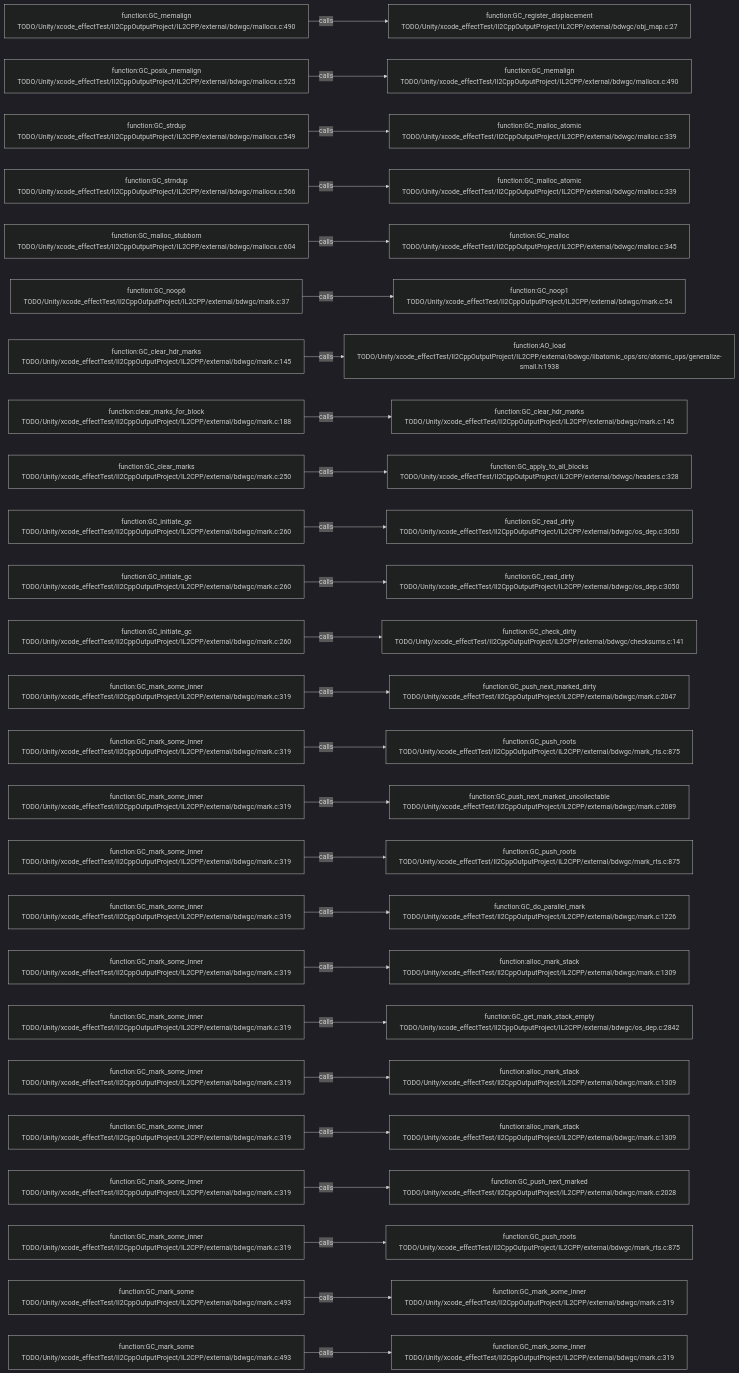
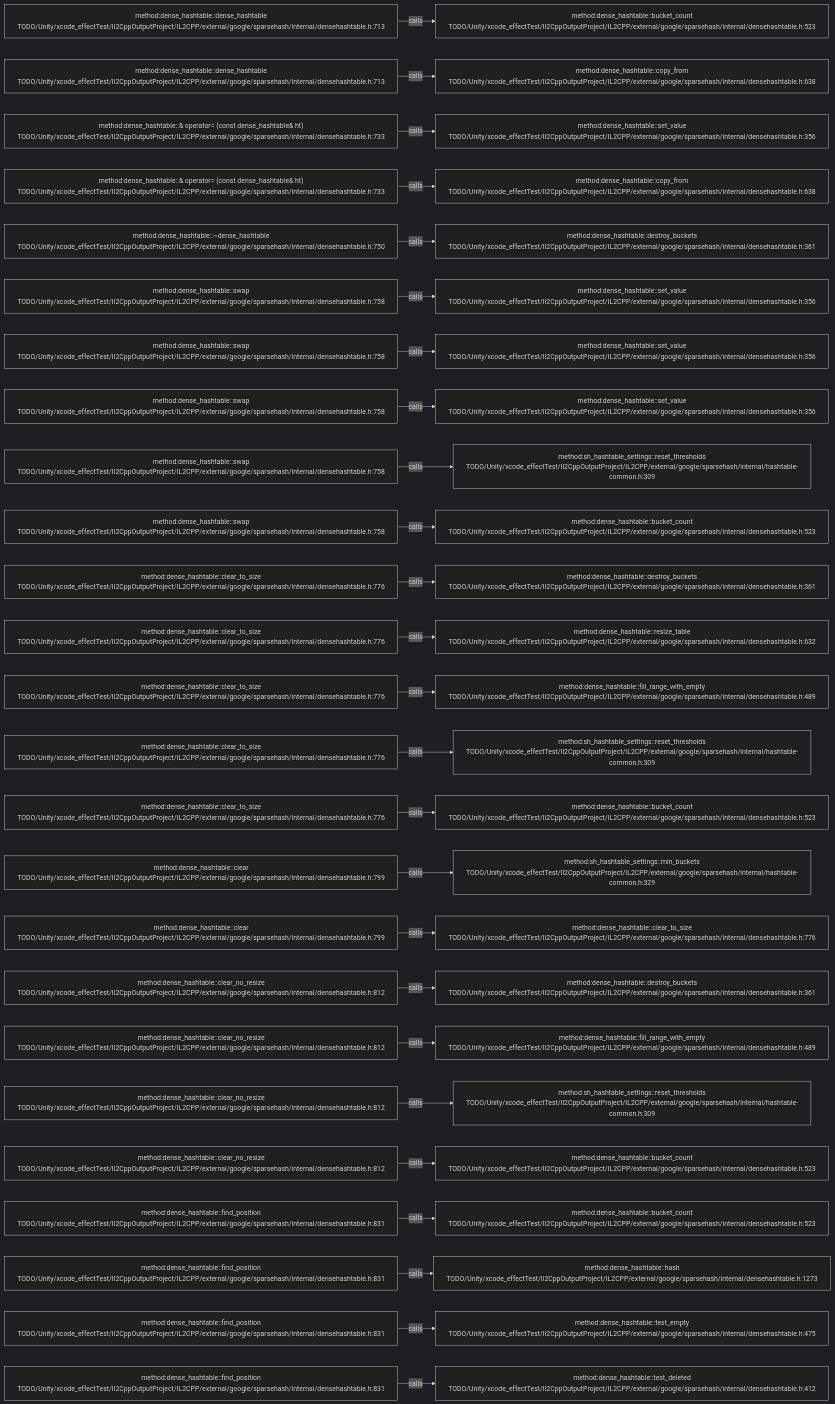
The diagram in .codegraph/codegraph.md/graphs/calls-196.md (JobsKits/JobsSwiftBaseConfigDemo), drawn with Mermaid (dark theme) before and after one commit. The commit also changed 227 other files, not shown here.

````diff
--- a/.codegraph/codegraph.md/graphs/calls-196.md
+++ b/.codegraph/codegraph.md/graphs/calls-196.md
@@ -13,78 +13,78 @@
 ```mermaid
 flowchart LR
-  S1["function:GC_memalign<br/>TODO/Unity/xcode_effectTest/Il2CppOutputProject/IL2CPP/external/bdwgc/mallocx.c:490"]
-  T1["function:GC_register_displacement<br/>TODO/Unity/xcode_effectTest/Il2CppOutputProject/IL2CPP/external/bdwgc/obj_map.c:27"]
+  S1["method:dense_hashtable::dense_hashtable<br/>TODO/Unity/xcode_effectTest/Il2CppOutputProject/IL2CPP/external/google/sparsehash/internal/densehashtable.h:713"]
+  T1["method:dense_hashtable::bucket_count<br/>TODO/Unity/xcode_effectTest/Il2CppOutputProject/IL2CPP/external/google/sparsehash/internal/densehashtable.h:523"]
   S1 -->|calls| T1
-  S2["function:GC_posix_memalign<br/>TODO/Unity/xcode_effectTest/Il2CppOutputProject/IL2CPP/external/bdwgc/mallocx.c:525"]
-  T2["function:GC_memalign<br/>TODO/Unity/xcode_effectTest/Il2CppOutputProject/IL2CPP/external/bdwgc/mallocx.c:490"]
+  S2["method:dense_hashtable::dense_hashtable<br/>TODO/Unity/xcode_effectTest/Il2CppOutputProject/IL2CPP/external/google/sparsehash/internal/densehashtable.h:713"]
+  T2["method:dense_hashtable::copy_from<br/>TODO/Unity/xcode_effectTest/Il2CppOutputProject/IL2CPP/external/google/sparsehash/internal/densehashtable.h:638"]
   S2 -->|calls| T2
-  S3["function:GC_strdup<br/>TODO/Unity/xcode_effectTest/Il2CppOutputProject/IL2CPP/external/bdwgc/mallocx.c:549"]
-  T3["function:GC_malloc_atomic<br/>TODO/Unity/xcode_effectTest/Il2CppOutputProject/IL2CPP/external/bdwgc/malloc.c:339"]
+  S3["method:dense_hashtable::& operator= (const dense_hashtable& ht)<br/>TODO/Unity/xcode_effectTest/Il2CppOutputProject/IL2CPP/external/google/sparsehash/internal/densehashtable.h:733"]
+  T3["method:dense_hashtable::set_value<br/>TODO/Unity/xcode_effectTest/Il2CppOutputProject/IL2CPP/external/google/sparsehash/internal/densehashtable.h:356"]
   S3 -->|calls| T3
-  S4["function:GC_strndup<br/>TODO/Unity/xcode_effectTest/Il2CppOutputProject/IL2CPP/external/bdwgc/mallocx.c:566"]
-  T4["function:GC_malloc_atomic<br/>TODO/Unity/xcode_effectTest/Il2CppOutputProject/IL2CPP/external/bdwgc/malloc.c:339"]
+  S4["method:dense_hashtable::& operator= (const dense_hashtable& ht)<br/>TODO/Unity/xcode_effectTest/Il2CppOutputProject/IL2CPP/external/google/sparsehash/internal/densehashtable.h:733"]
+  T4["method:dense_hashtable::copy_from<br/>TODO/Unity/xcode_effectTest/Il2CppOutputProject/IL2CPP/external/google/sparsehash/internal/densehashtable.h:638"]
   S4 -->|calls| T4
-  S5["function:GC_malloc_stubborn<br/>TODO/Unity/xcode_effectTest/Il2CppOutputProject/IL2CPP/external/bdwgc/mallocx.c:604"]
-  T5["function:GC_malloc<br/>TODO/Unity/xcode_effectTest/Il2CppOutputProject/IL2CPP/external/bdwgc/malloc.c:345"]
+  S5["method:dense_hashtable::~dense_hashtable<br/>TODO/Unity/xcode_effectTest/Il2CppOutputProject/IL2CPP/external/google/sparsehash/internal/densehashtable.h:750"]
+  T5["method:dense_hashtable::destroy_buckets<br/>TODO/Unity/xcode_effectTest/Il2CppOutputProject/IL2CPP/external/google/sparsehash/internal/densehashtable.h:361"]
   S5 -->|calls| T5
-  S6["function:GC_noop6<br/>TODO/Unity/xcode_effectTest/Il2CppOutputProject/IL2CPP/external/bdwgc/mark.c:37"]
-  T6["function:GC_noop1<br/>TODO/Unity/xcode_effectTest/Il2CppOutputProject/IL2CPP/external/bdwgc/mark.c:54"]
+  S6["method:dense_hashtable::swap<br/>TODO/Unity/xcode_effectTest/Il2CppOutputProject/IL2CPP/external/google/sparsehash/internal/densehashtable.h:758"]
+  T6["method:dense_hashtable::set_value<br/>TODO/Unity/xcode_effectTest/Il2CppOutputProject/IL2CPP/external/google/sparsehash/internal/densehashtable.h:356"]
   S6 -->|calls| T6
-  S7["function:GC_clear_hdr_marks<br/>TODO/Unity/xcode_effectTest/Il2CppOutputProject/IL2CPP/external/bdwgc/mark.c:145"]
-  T7["function:AO_load<br/>TODO/Unity/xcode_effectTest/Il2CppOutputProject/IL2CPP/external/bdwgc/libatomic_ops/src/atomic_ops/generalize-small.h:1938"]
+  S7["method:dense_hashtable::swap<br/>TODO/Unity/xcode_effectTest/Il2CppOutputProject/IL2CPP/external/google/sparsehash/internal/densehashtable.h:758"]
+  T7["method:dense_hashtable::set_value<br/>TODO/Unity/xcode_effectTest/Il2CppOutputProject/IL2CPP/external/google/sparsehash/internal/densehashtable.h:356"]
   S7 -->|calls| T7
-  S8["function:clear_marks_for_block<br/>TODO/Unity/xcode_effectTest/Il2CppOutputProject/IL2CPP/external/bdwgc/mark.c:188"]
-  T8["function:GC_clear_hdr_marks<br/>TODO/Unity/xcode_effectTest/Il2CppOutputProject/IL2CPP/external/bdwgc/mark.c:145"]
+  S8["method:dense_hashtable::swap<br/>TODO/Unity/xcode_effectTest/Il2CppOutputProject/IL2CPP/external/google/sparsehash/internal/densehashtable.h:758"]
+  T8["method:dense_hashtable::set_value<br/>TODO/Unity/xcode_effectTest/Il2CppOutputProject/IL2CPP/external/google/sparsehash/internal/densehashtable.h:356"]
   S8 -->|calls| T8
-  S9["function:GC_clear_marks<br/>TODO/Unity/xcode_effectTest/Il2CppOutputProject/IL2CPP/external/bdwgc/mark.c:250"]
-  T9["function:GC_apply_to_all_blocks<br/>TODO/Unity/xcode_effectTest/Il2CppOutputProject/IL2CPP/external/bdwgc/headers.c:328"]
+  S9["method:dense_hashtable::swap<br/>TODO/Unity/xcode_effectTest/Il2CppOutputProject/IL2CPP/external/google/sparsehash/internal/densehashtable.h:758"]
+  T9["method:sh_hashtable_settings::reset_thresholds<br/>TODO/Unity/xcode_effectTest/Il2CppOutputProject/IL2CPP/external/google/sparsehash/internal/hashtable-common.h:309"]
   S9 -->|calls| T9
-  S10["function:GC_initiate_gc<br/>TODO/Unity/xcode_effectTest/Il2CppOutputProject/IL2CPP/external/bdwgc/mark.c:260"]
-  T10["function:GC_read_dirty<br/>TODO/Unity/xcode_effectTest/Il2CppOutputProject/IL2CPP/external/bdwgc/os_dep.c:3050"]
+  S10["method:dense_hashtable::swap<br/>TODO/Unity/xcode_effectTest/Il2CppOutputProject/IL2CPP/external/google/sparsehash/internal/densehashtable.h:758"]
+  T10["method:dense_hashtable::bucket_count<br/>TODO/Unity/xcode_effectTest/Il2CppOutputProject/IL2CPP/external/google/sparsehash/internal/densehashtable.h:523"]
   S10 -->|calls| T10
-  S11["function:GC_initiate_gc<br/>TODO/Unity/xcode_effectTest/Il2CppOutputProject/IL2CPP/external/bdwgc/mark.c:260"]
-  T11["function:GC_read_dirty<br/>TODO/Unity/xcode_effectTest/Il2CppOutputProject/IL2CPP/external/bdwgc/os_dep.c:3050"]
+  S11["method:dense_hashtable::clear_to_size<br/>TODO/Unity/xcode_effectTest/Il2CppOutputProject/IL2CPP/external/google/sparsehash/internal/densehashtable.h:776"]
+  T11["method:dense_hashtable::destroy_buckets<br/>TODO/Unity/xcode_effectTest/Il2CppOutputProject/IL2CPP/external/google/sparsehash/internal/densehashtable.h:361"]
   S11 -->|calls| T11
-  S12["function:GC_initiate_gc<br/>TODO/Unity/xcode_effectTest/Il2CppOutputProject/IL2CPP/external/bdwgc/mark.c:260"]
-  T12["function:GC_check_dirty<br/>TODO/Unity/xcode_effectTest/Il2CppOutputProject/IL2CPP/external/bdwgc/checksums.c:141"]
+  S12["method:dense_hashtable::clear_to_size<br/>TODO/Unity/xcode_effectTest/Il2CppOutputProject/IL2CPP/external/google/sparsehash/internal/densehashtable.h:776"]
+  T12["method:dense_hashtable::resize_table<br/>TODO/Unity/xcode_effectTest/Il2CppOutputProject/IL2CPP/external/google/sparsehash/internal/densehashtable.h:632"]
   S12 -->|calls| T12
-  S13["function:GC_mark_some_inner<br/>TODO/Unity/xcode_effectTest/Il2CppOutputProject/IL2CPP/external/bdwgc/mark.c:319"]
-  T13["function:GC_push_next_marked_dirty<br/>TODO/Unity/xcode_effectTest/Il2CppOutputProject/IL2CPP/external/bdwgc/mark.c:2047"]
+  S13["method:dense_hashtable::clear_to_size<br/>TODO/Unity/xcode_effectTest/Il2CppOutputProject/IL2CPP/external/google/sparsehash/internal/densehashtable.h:776"]
+  T13["method:dense_hashtable::fill_range_with_empty<br/>TODO/Unity/xcode_effectTest/Il2CppOutputProject/IL2CPP/external/google/sparsehash/internal/densehashtable.h:489"]
   S13 -->|calls| T13
-  S14["function:GC_mark_some_inner<br/>TODO/Unity/xcode_effectTest/Il2CppOutputProject/IL2CPP/external/bdwgc/mark.c:319"]
-  T14["function:GC_push_roots<br/>TODO/Unity/xcode_effectTest/Il2CppOutputProject/IL2CPP/external/bdwgc/mark_rts.c:875"]
+  S14["method:dense_hashtable::clear_to_size<br/>TODO/Unity/xcode_effectTest/Il2CppOutputProject/IL2CPP/external/google/sparsehash/internal/densehashtable.h:776"]
+  T14["method:sh_hashtable_settings::reset_thresholds<br/>TODO/Unity/xcode_effectTest/Il2CppOutputProject/IL2CPP/external/google/sparsehash/internal/hashtable-common.h:309"]
   S14 -->|calls| T14
-  S15["function:GC_mark_some_inner<br/>TODO/Unity/xcode_effectTest/Il2CppOutputProject/IL2CPP/external/bdwgc/mark.c:319"]
-  T15["function:GC_push_next_marked_uncollectable<br/>TODO/Unity/xcode_effectTest/Il2CppOutputProject/IL2CPP/external/bdwgc/mark.c:2089"]
+  S15["method:dense_hashtable::clear_to_size<br/>TODO/Unity/xcode_effectTest/Il2CppOutputProject/IL2CPP/external/google/sparsehash/internal/densehashtable.h:776"]
+  T15["method:dense_hashtable::bucket_count<br/>TODO/Unity/xcode_effectTest/Il2CppOutputProject/IL2CPP/external/google/sparsehash/internal/densehashtable.h:523"]
   S15 -->|calls| T15
-  S16["function:GC_mark_some_inner<br/>TODO/Unity/xcode_effectTest/Il2CppOutputProject/IL2CPP/external/bdwgc/mark.c:319"]
-  T16["function:GC_push_roots<br/>TODO/Unity/xcode_effectTest/Il2CppOutputProject/IL2CPP/external/bdwgc/mark_rts.c:875"]
+  S16["method:dense_hashtable::clear<br/>TODO/Unity/xcode_effectTest/Il2CppOutputProject/IL2CPP/external/google/sparsehash/internal/densehashtable.h:799"]
+  T16["method:sh_hashtable_settings::min_buckets<br/>TODO/Unity/xcode_effectTest/Il2CppOutputProject/IL2CPP/external/google/sparsehash/internal/hashtable-common.h:329"]
   S16 -->|calls| T16
-  S17["function:GC_mark_some_inner<br/>TODO/Unity/xcode_effectTest/Il2CppOutputProject/IL2CPP/external/bdwgc/mark.c:319"]
-  T17["function:GC_do_parallel_mark<br/>TODO/Unity/xcode_effectTest/Il2CppOutputProject/IL2CPP/external/bdwgc/mark.c:1226"]
+  S17["method:dense_hashtable::clear<br/>TODO/Unity/xcode_effectTest/Il2CppOutputProject/IL2CPP/external/google/sparsehash/internal/densehashtable.h:799"]
+  T17["method:dense_hashtable::clear_to_size<br/>TODO/Unity/xcode_effectTest/Il2CppOutputProject/IL2CPP/external/google/sparsehash/internal/densehashtable.h:776"]
   S17 -->|calls| T17
-  S18["function:GC_mark_some_inner<br/>TODO/Unity/xcode_effectTest/Il2CppOutputProject/IL2CPP/external/bdwgc/mark.c:319"]
-  T18["function:alloc_mark_stack<br/>TODO/Unity/xcode_effectTest/Il2CppOutputProject/IL2CPP/external/bdwgc/mark.c:1309"]
+  S18["method:dense_hashtable::clear_no_resize<br/>TODO/Unity/xcode_effectTest/Il2CppOutputProject/IL2CPP/external/google/sparsehash/internal/densehashtable.h:812"]
+  T18["method:dense_hashtable::destroy_buckets<br/>TODO/Unity/xcode_effectTest/Il2CppOutputProject/IL2CPP/external/google/sparsehash/internal/densehashtable.h:361"]
   S18 -->|calls| T18
-  S19["function:GC_mark_some_inner<br/>TODO/Unity/xcode_effectTest/Il2CppOutputProject/IL2CPP/external/bdwgc/mark.c:319"]
-  T19["function:GC_get_mark_stack_empty<br/>TODO/Unity/xcode_effectTest/Il2CppOutputProject/IL2CPP/external/bdwgc/os_dep.c:2842"]
+  S19["method:dense_hashtable::clear_no_resize<br/>TODO/Unity/xcode_effectTest/Il2CppOutputProject/IL2CPP/external/google/sparsehash/internal/densehashtable.h:812"]
+  T19["method:dense_hashtable::fill_range_with_empty<br/>TODO/Unity/xcode_effectTest/Il2CppOutputProject/IL2CPP/external/google/sparsehash/internal/densehashtable.h:489"]
   S19 -->|calls| T19
-  S20["function:GC_mark_some_inner<br/>TODO/Unity/xcode_effectTest/Il2CppOutputProject/IL2CPP/external/bdwgc/mark.c:319"]
-  T20["function:alloc_mark_stack<br/>TODO/Unity/xcode_effectTest/Il2CppOutputProject/IL2CPP/external/bdwgc/mark.c:1309"]
+  S20["method:dense_hashtable::clear_no_resize<br/>TODO/Unity/xcode_effectTest/Il2CppOutputProject/IL2CPP/external/google/sparsehash/internal/densehashtable.h:812"]
+  T20["method:sh_hashtable_settings::reset_thresholds<br/>TODO/Unity/xcode_effectTest/Il2CppOutputProject/IL2CPP/external/google/sparsehash/internal/hashtable-common.h:309"]
   S20 -->|calls| T20
-  S21["function:GC_mark_some_inner<br/>TODO/Unity/xcode_effectTest/Il2CppOutputProject/IL2CPP/external/bdwgc/mark.c:319"]
-  T21["function:alloc_mark_stack<br/>TODO/Unity/xcode_effectTest/Il2CppOutputProject/IL2CPP/external/bdwgc/mark.c:1309"]
+  S21["method:dense_hashtable::clear_no_resize<br/>TODO/Unity/xcode_effectTest/Il2CppOutputProject/IL2CPP/external/google/sparsehash/internal/densehashtable.h:812"]
+  T21["method:dense_hashtable::bucket_count<br/>TODO/Unity/xcode_effectTest/Il2CppOutputProject/IL2CPP/external/google/sparsehash/internal/densehashtable.h:523"]
   S21 -->|calls| T21
-  S22["function:GC_mark_some_inner<br/>TODO/Unity/xcode_effectTest/Il2CppOutputProject/IL2CPP/external/bdwgc/mark.c:319"]
-  T22["function:GC_push_next_marked<br/>TODO/Unity/xcode_effectTest/Il2CppOutputProject/IL2CPP/external/bdwgc/mark.c:2028"]
+  S22["method:dense_hashtable::find_position<br/>TODO/Unity/xcode_effectTest/Il2CppOutputProject/IL2CPP/external/google/sparsehash/internal/densehashtable.h:831"]
+  T22["method:dense_hashtable::bucket_count<br/>TODO/Unity/xcode_effectTest/Il2CppOutputProject/IL2CPP/external/google/sparsehash/internal/densehashtable.h:523"]
   S22 -->|calls| T22
-  S23["function:GC_mark_some_inner<br/>TODO/Unity/xcode_effectTest/Il2CppOutputProject/IL2CPP/external/bdwgc/mark.c:319"]
-  T23["function:GC_push_roots<br/>TODO/Unity/xcode_effectTest/Il2CppOutputProject/IL2CPP/external/bdwgc/mark_rts.c:875"]
+  S23["method:dense_hashtable::find_position<br/>TODO/Unity/xcode_effectTest/Il2CppOutputProject/IL2CPP/external/google/sparsehash/internal/densehashtable.h:831"]
+  T23["method:dense_hashtable::hash<br/>TODO/Unity/xcode_effectTest/Il2CppOutputProject/IL2CPP/external/google/sparsehash/internal/densehashtable.h:1273"]
   S23 -->|calls| T23
-  S24["function:GC_mark_some<br/>TODO/Unity/xcode_effectTest/Il2CppOutputProject/IL2CPP/external/bdwgc/mark.c:493"]
-  T24["function:GC_mark_some_inner<br/>TODO/Unity/xcode_effectTest/Il2CppOutputProject/IL2CPP/external/bdwgc/mark.c:319"]
+  S24["method:dense_hashtable::find_position<br/>TODO/Unity/xcode_effectTest/Il2CppOutputProject/IL2CPP/external/google/sparsehash/internal/densehashtable.h:831"]
+  T24["method:dense_hashtable::test_empty<br/>TODO/Unity/xcode_effectTest/Il2CppOutputProject/IL2CPP/external/google/sparsehash/internal/densehashtable.h:475"]
   S24 -->|calls| T24
-  S25["function:GC_mark_some<br/>TODO/Unity/xcode_effectTest/Il2CppOutputProject/IL2CPP/external/bdwgc/mark.c:493"]
-  T25["function:GC_mark_some_inner<br/>TODO/Unity/xcode_effectTest/Il2CppOutputProject/IL2CPP/external/bdwgc/mark.c:319"]
+  S25["method:dense_hashtable::find_position<br/>TODO/Unity/xcode_effectTest/Il2CppOutputProject/IL2CPP/external/google/sparsehash/internal/densehashtable.h:831"]
+  T25["method:dense_hashtable::test_deleted<br/>TODO/Unity/xcode_effectTest/Il2CppOutputProject/IL2CPP/external/google/sparsehash/internal/densehashtable.h:412"]
   S25 -->|calls| T25
 ```
````
